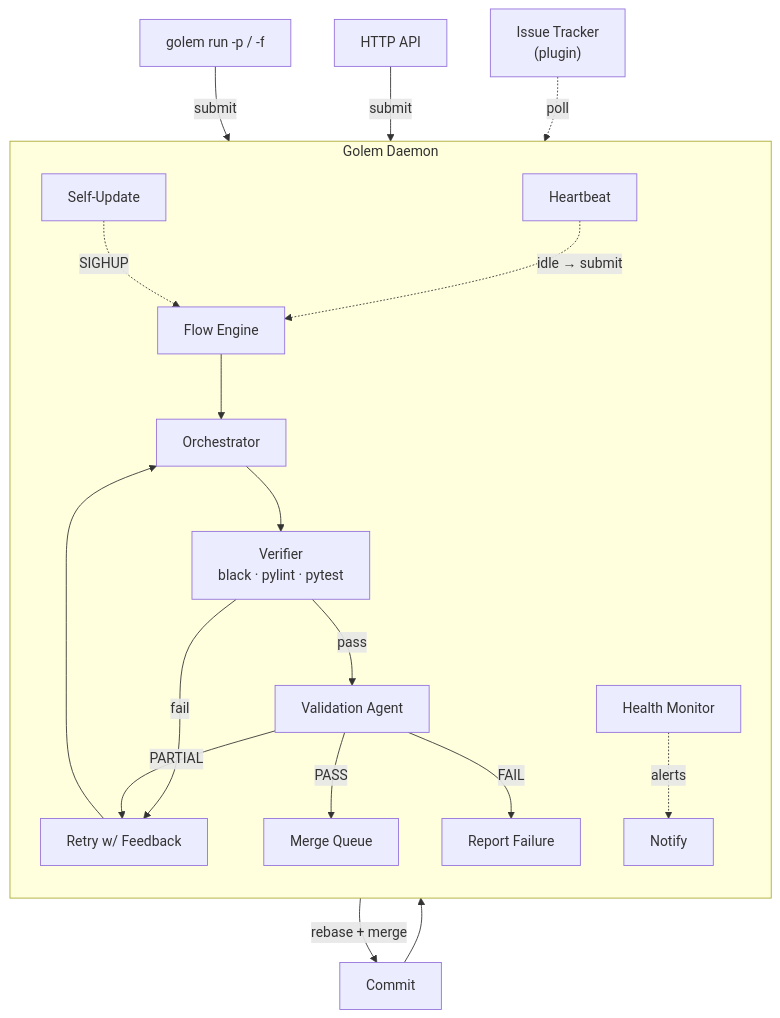
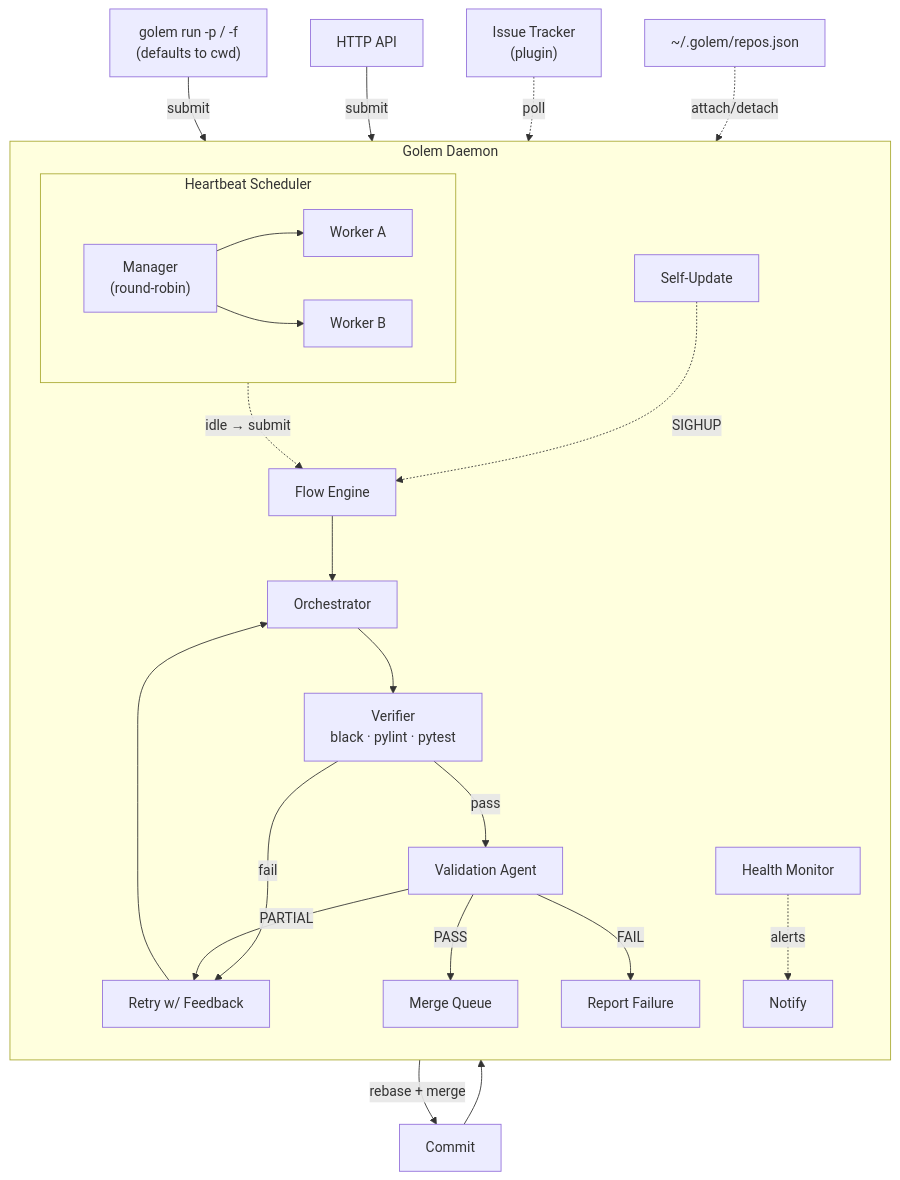
The first of 5 diagrams in docs/architecture.md (itsmeboris/Golem), drawn with Mermaid before and after one commit. The commit also changed other lines of this file and 22 other files, not shown here.

First line of the commit message:
docs: update README, architecture, and operations for v0.2.0

````diff
--- a/docs/architecture.md
+++ b/docs/architecture.md
@@ -15,29 +15,35 @@
 ```mermaid
 flowchart TB
-    cli["golem run -p / -f"] -- submit --> flow
+    cli["golem run -p / -f<br/>(defaults to cwd)"] -- submit --> flow
     api["HTTP API"] -- submit --> flow
     tracker["Issue Tracker<br/>(plugin)"] -. poll .-> flow
 
     subgraph daemon ["Golem Daemon"]
         direction TB
 
         flow["Flow Engine"]
         flow --> orch["Orchestrator"]
 
         orch --> vfy["Verifier<br/>black · pylint · pytest"]
         vfy -- pass --> val["Validation Agent"]
         vfy -- fail --> retry["Retry w/ Feedback"]
         retry --> orch
 
         val -- PASS --> mq["Merge Queue"]
         val -- PARTIAL --> retry
         val -- FAIL --> report["Report Failure"]
 
-        hb["Heartbeat"] -. "idle → submit" .-> flow
+        subgraph hb ["Heartbeat Scheduler"]
+            direction LR
+            sched["Manager<br/>(round-robin)"] --> w1["Worker A"]
+            sched --> w2["Worker B"]
+        end
+        hb -. "idle → submit" .-> flow
         su["Self-Update"] -. SIGHUP .-> flow
         hm["Health Monitor"] -. alerts .-> notify
     end
 
+    registry["~/.golem/repos.json"] -. "attach/detach" .-> hb
     mq -- "rebase + merge" --> commit["Commit"]
     commit --> notify["Notify"]
 ```
````
